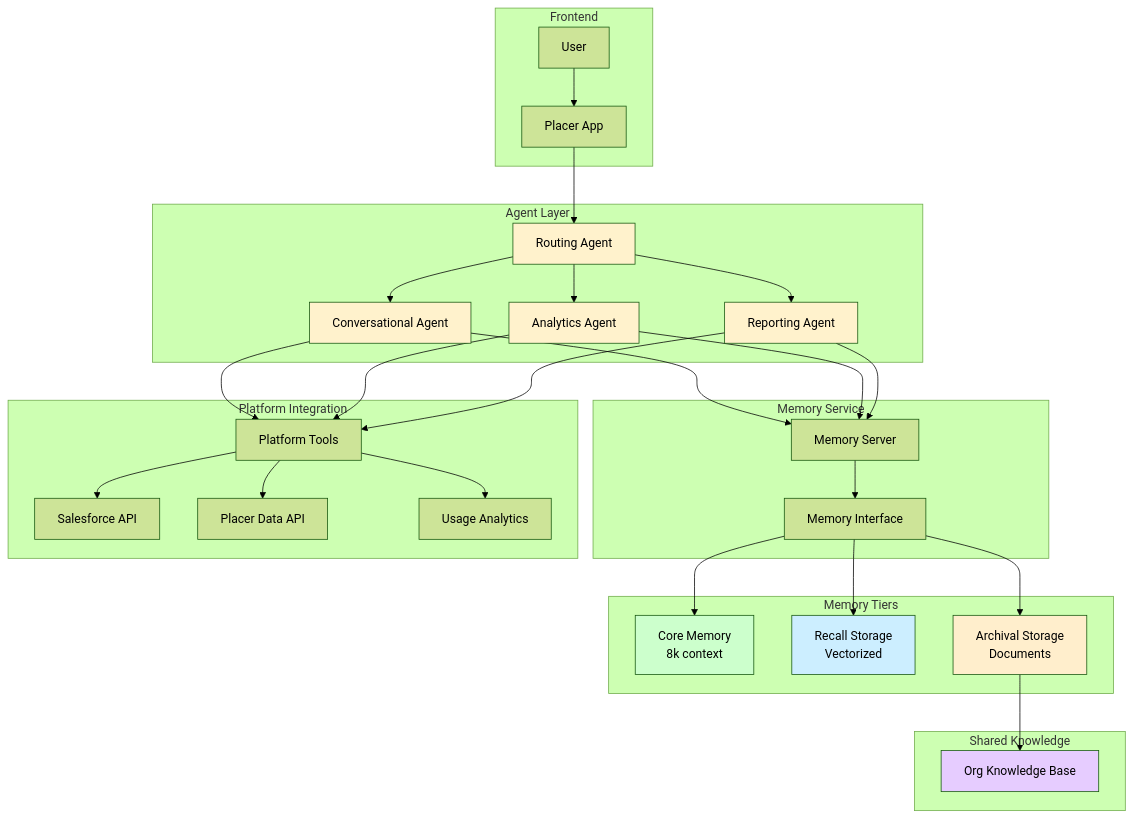
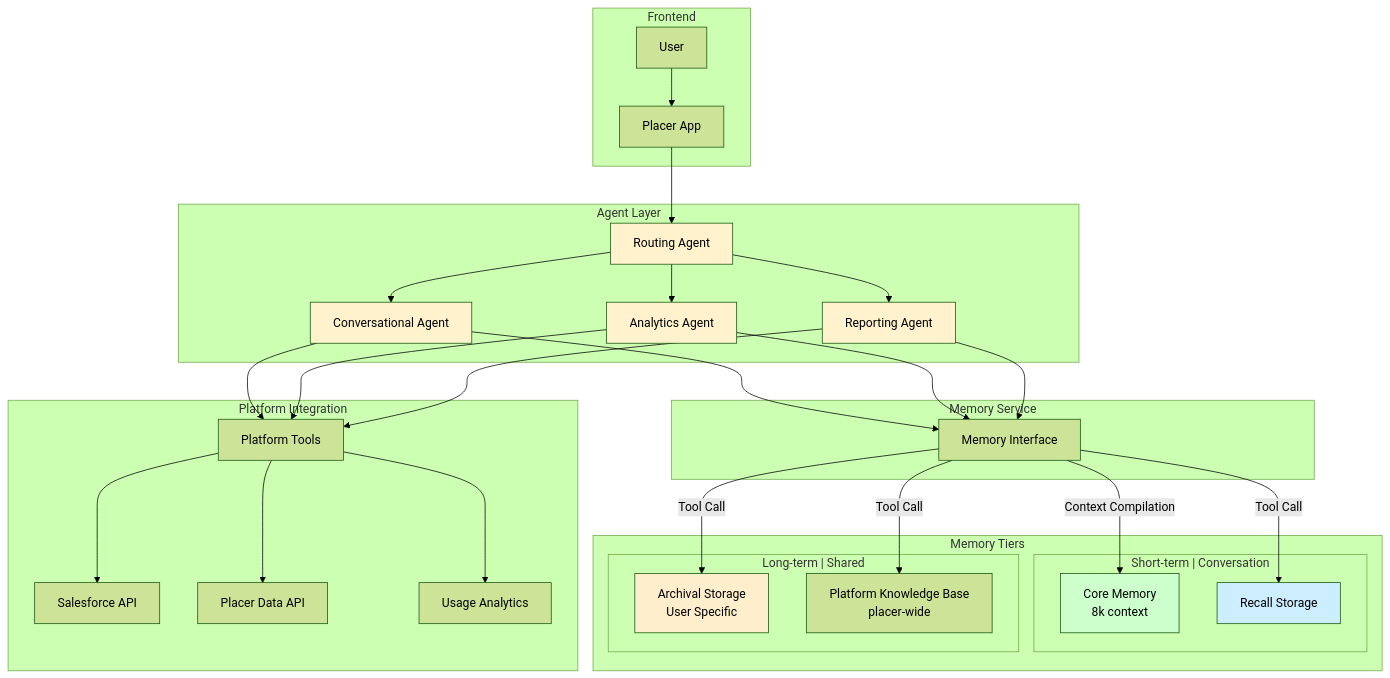
The third of 4 diagrams in docs/deliverables/solution_options.md (joeyfezster/memAgentDemo), drawn with Mermaid (forest theme) before and after one commit. The commit also changed other lines of this file, not shown here.

Commit message:
Docs: Update solution options for Enhanced User, Agent & Platform Memory with detailed architecture and integration improvements

````diff
--- a/docs/deliverables/solution_options.md
+++ b/docs/deliverables/solution_options.md
@@ -119,48 +126,48 @@
 ```mermaid
 graph TB
     subgraph "Frontend"
         U[User] --> PA[Placer App]
     end
-    
+
     subgraph "Agent Layer"
         PA --> RA[Routing Agent]
         RA --> CA[Conversational Agent]
         RA --> AA[Analytics Agent]
         RA --> RA2[Reporting Agent]
     end
-    
+
     subgraph "Memory Service"
-        CA --> MS[Memory Server]
-        AA --> MS
-        RA2 --> MS
-        MS --> MI[Memory Interface]
+        CA --> MI[Memory Interface]
+        AA --> MI
+        RA2 --> MI
     end
-    
+
     subgraph "Memory Tiers"
-        MI --> CM[Core Memory<br/>8k context]
-        MI --> RC[Recall Storage<br/>Vectorized]
-        MI --> AR[Archival Storage<br/>Documents]
+        subgraph "Short-term | Conversation"
+            MI --> | Context Compilation | CM[Core Memory<br/>8k context]
+            MI --> | Tool Call | RC[Recall Storage]
+        end
+        subgraph "Long-term | Shared"
+            MI --> | Tool Call | AR[Archival Storage<br/> User Specific]
+            MI --> | Tool Call | PK[Platform Knowledge Base<br/> placer-wide]
+        end
     end
-    
+
     subgraph "Platform Integration"
         CA --> PT[Platform Tools]
         AA --> PT[Platform Tools]
         RA2 --> PT[Platform Tools]
         PT --> SF[Salesforce API]
         PT --> PD[Placer Data API]
         PT --> UA[Usage Analytics]
     end
-    
-    subgraph "Shared Knowledge"
-        AR --> OK[Org Knowledge Base]
-    end
-    
+
+
     style RA fill:#fff2cc
     style CA fill:#fff2cc
     style AA fill:#fff2cc
     style RA2 fill:#fff2cc
     style CM fill:#ccffcc
     style RC fill:#cceeff
     style AR fill:#ffeecc
-    style OK fill:#e6ccff
 ```
````
